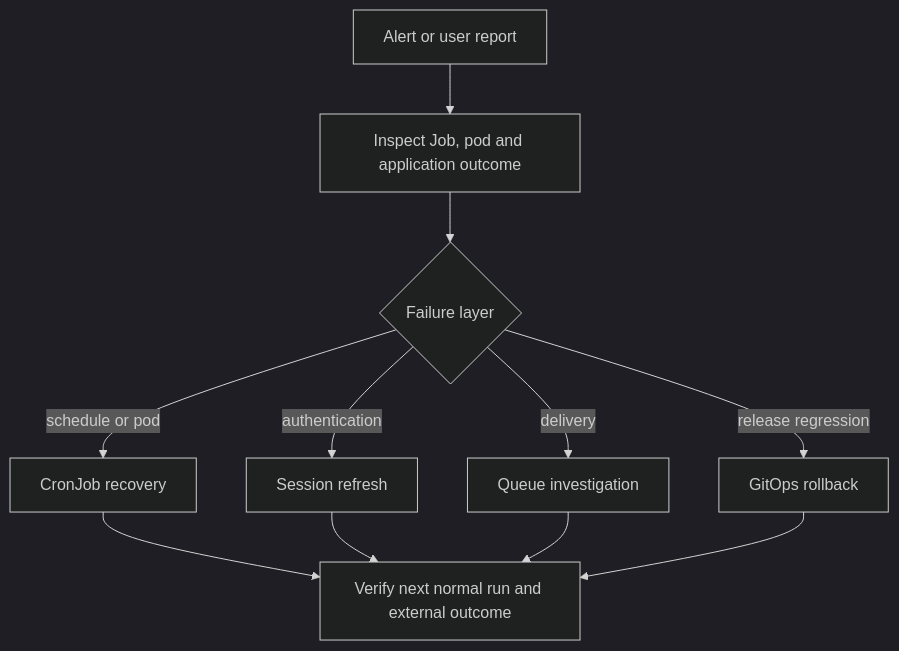
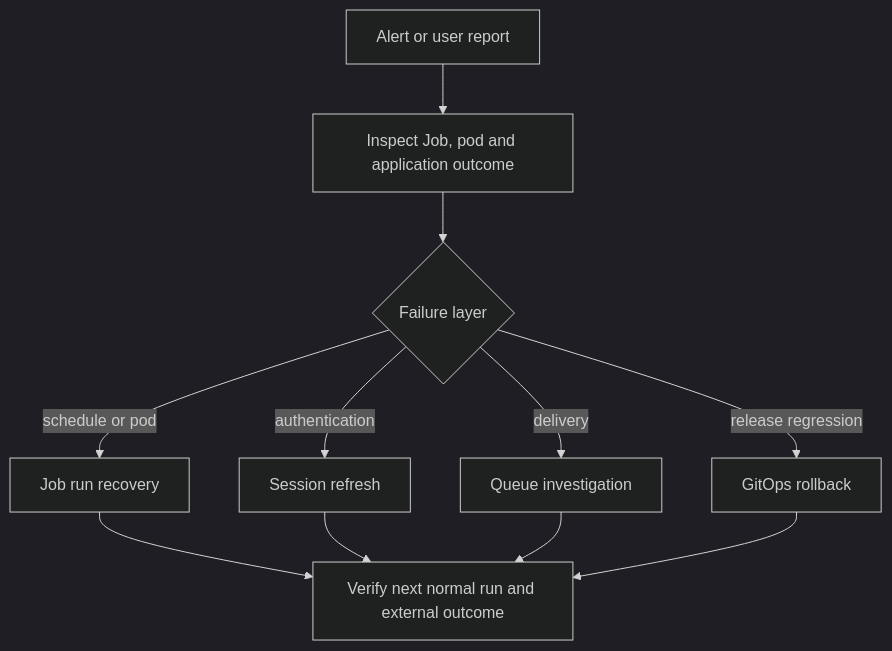
Before and after one commit to cvillarr23/fantasy-infra: the diagram in docs/operations.md, drawn with Mermaid (dark theme). The commit also changed other lines of this file and 44 other files, not shown here.

First line of the commit message:
Cut over batch C to the job launcher: trade jobs and the last CronJobs (#204)

````diff
--- a/docs/operations.md
+++ b/docs/operations.md
@@ -9,13 +9,13 @@
 ```mermaid
 flowchart TD
     Alert[Alert or user report] --> Inspect[Inspect Job, pod and application outcome]
     Inspect --> Cause{Failure layer}
-    Cause -->|schedule or pod| Cron[CronJob recovery]
+    Cause -->|schedule or pod| Run[Job run recovery]
     Cause -->|authentication| Session[Session refresh]
     Cause -->|delivery| Queue[Queue investigation]
     Cause -->|release regression| Rollback[GitOps rollback]
-    Cron --> Verify[Verify next normal run and external outcome]
+    Run --> Verify[Verify next normal run and external outcome]
     Session --> Verify
     Queue --> Verify
     Rollback --> Verify
 ```
````
